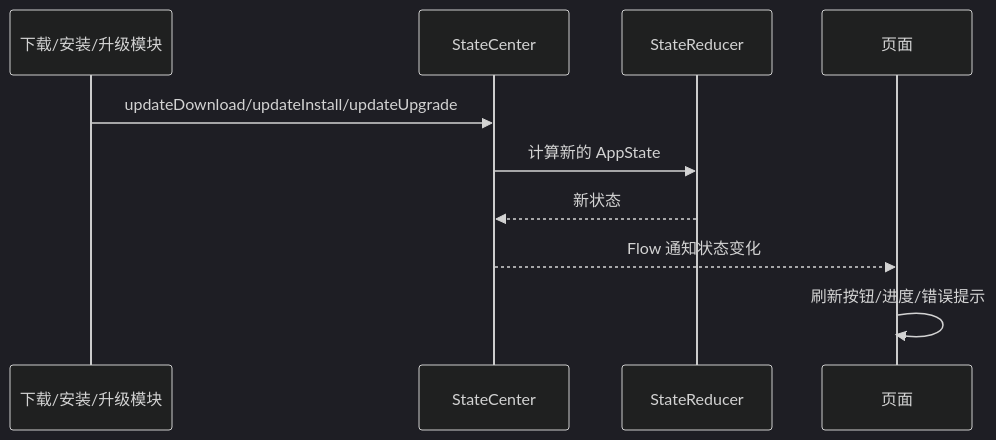
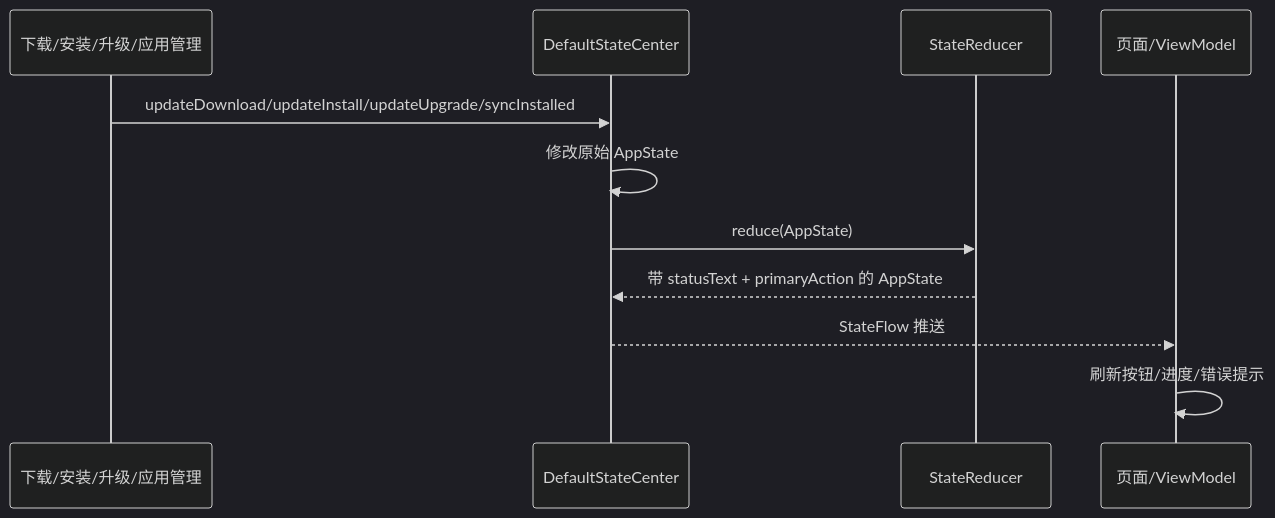
Before and after one commit to XZQ/CarAppStore: the third of 4 diagrams in docs/12-状态中心架构与流程.md, drawn with Mermaid (dark theme). The commit also changed other lines of this file and 35 other files, not shown here.

Commit message:
Docs: reorganize architecture docs and handoff guide

````diff
--- a/docs/12-状态中心架构与流程.md
+++ b/docs/12-状态中心架构与流程.md
@@ -78,13 +86,14 @@
 ```mermaid
 sequenceDiagram
-participant DM as 下载/安装/升级模块
-participant SC as StateCenter
+participant BIZ as 下载/安装/升级/应用管理
+participant SC as DefaultStateCenter
 participant RED as StateReducer
-participant UI as 页面
+participant UI as 页面/ViewModel
 
-DM->>SC: updateDownload/updateInstall/updateUpgrade
-SC->>RED: 计算新的 AppState
-RED-->>SC: 新状态
-SC-->>UI: Flow 通知状态变化
+BIZ->>SC: updateDownload/updateInstall/updateUpgrade/syncInstalled
+SC->>SC: 修改原始 AppState
+SC->>RED: reduce(AppState)
+RED-->>SC: 带 statusText + primaryAction 的 AppState
+SC-->>UI: StateFlow 推送
 UI->>UI: 刷新按钮/进度/错误提示
 ```
````
